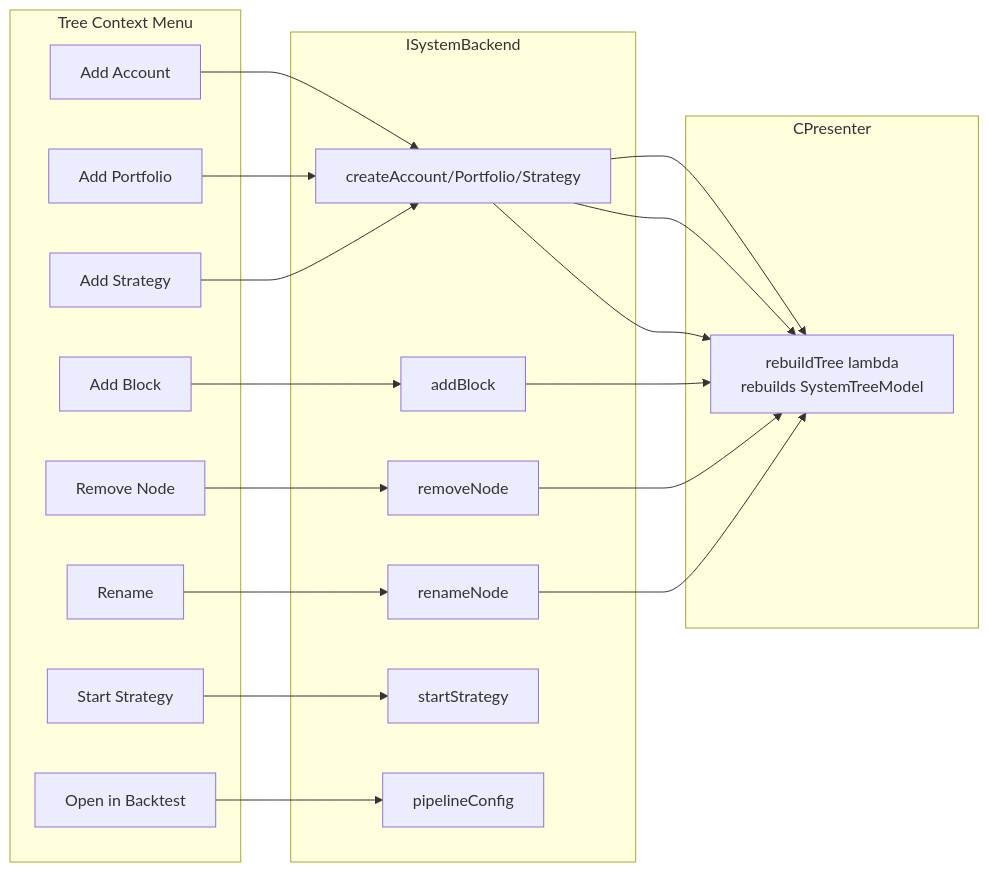
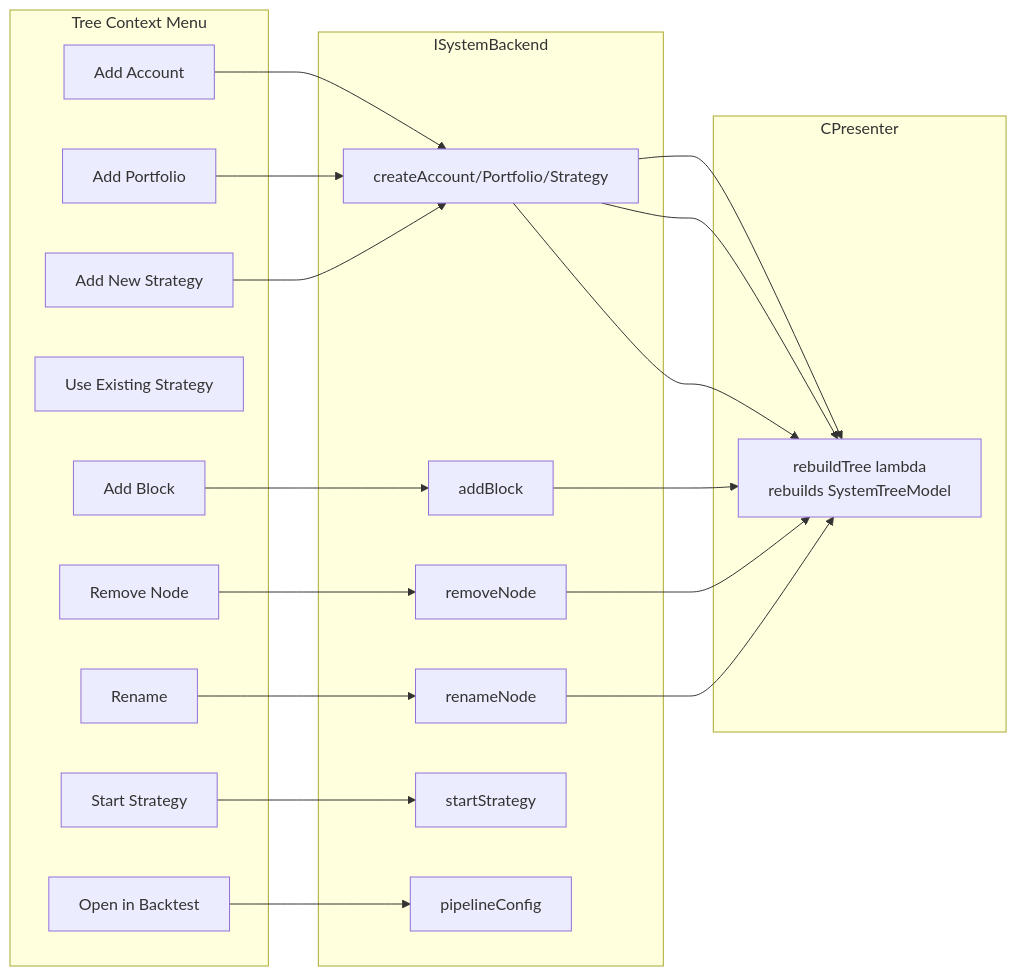
One commit to CloseToAlgoTrading/IbTradeQtDev changed diagram 21 of 22 in IbTradeQt/docs/ARCHITECTURE.md. Above: the diagram before and after it, drawn with Mermaid. The commit also changed other lines of this file and 33 other files, not shown here.

````diff
--- a/IbTradeQt/docs/ARCHITECTURE.md
+++ b/IbTradeQt/docs/ARCHITECTURE.md
@@ -819,35 +971,36 @@
 ```mermaid
 flowchart LR
     subgraph ContextMenu[Tree Context Menu]
         AddAccount[Add Account]
         AddPortfolio[Add Portfolio]
-        AddStrategy[Add Strategy]
+        AddStrategy[Add New Strategy]
+        UseExisting[Use Existing Strategy]
         AddBlock[Add Block]
         RemoveNode[Remove Node]
         Rename[Rename]
         StartStrategy[Start Strategy]
         OpenBacktest[Open in Backtest]
     end
 
     subgraph Presenter[CPresenter]
         RebuildTree[rebuildTree lambda\nrebuilds SystemTreeModel]
     end
 
     subgraph Backend[ISystemBackend]
         Create[createAccount/Portfolio/Strategy]
         Remove[removeNode]
         RenameOp[renameNode]
         AddBlockOp[addBlock]
         StartOp[startStrategy]
         PipelineCfg[pipelineConfig]
     end
 
     AddAccount --> Create --> RebuildTree
     AddPortfolio --> Create --> RebuildTree
     AddStrategy --> Create --> RebuildTree
     AddBlock --> AddBlockOp --> RebuildTree
     RemoveNode --> Remove --> RebuildTree
     Rename --> RenameOp --> RebuildTree
     StartStrategy --> StartOp
     OpenBacktest --> PipelineCfg
 ```
````
